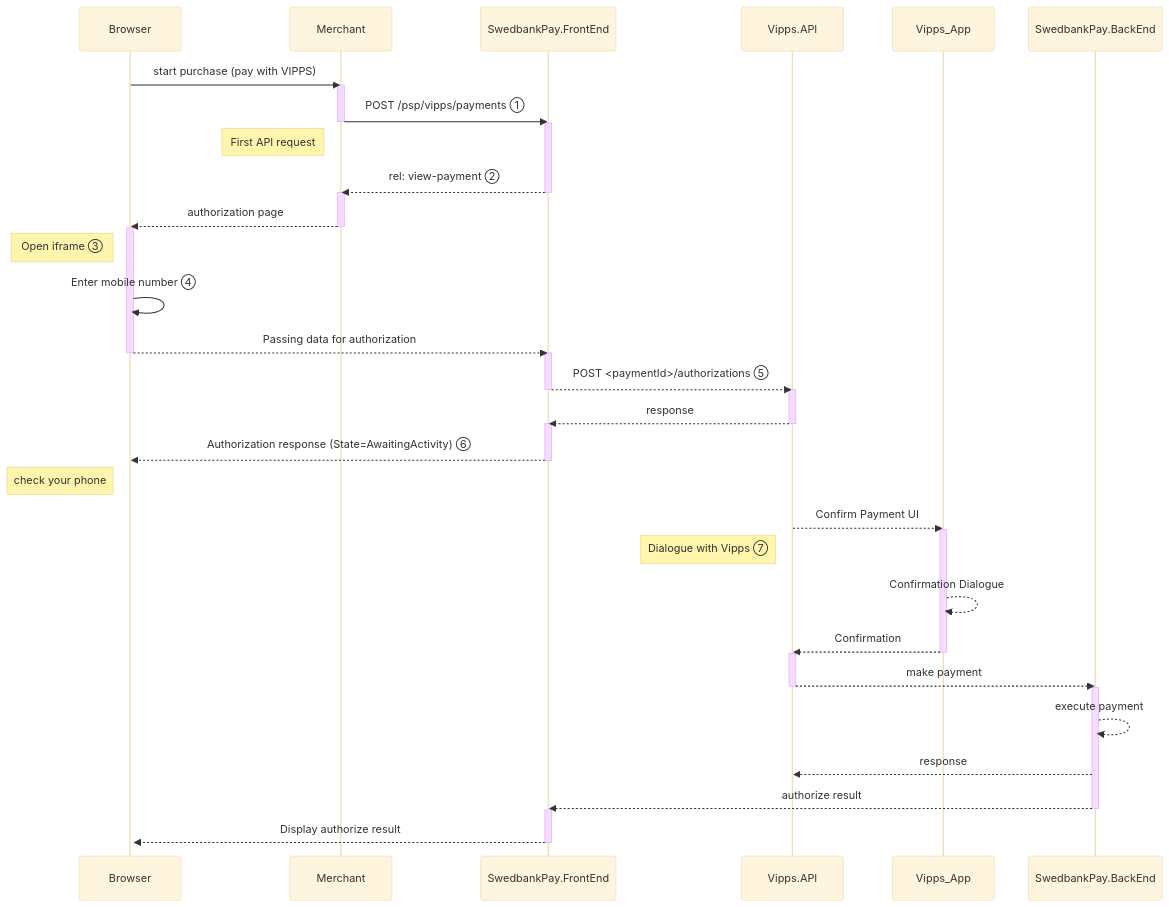
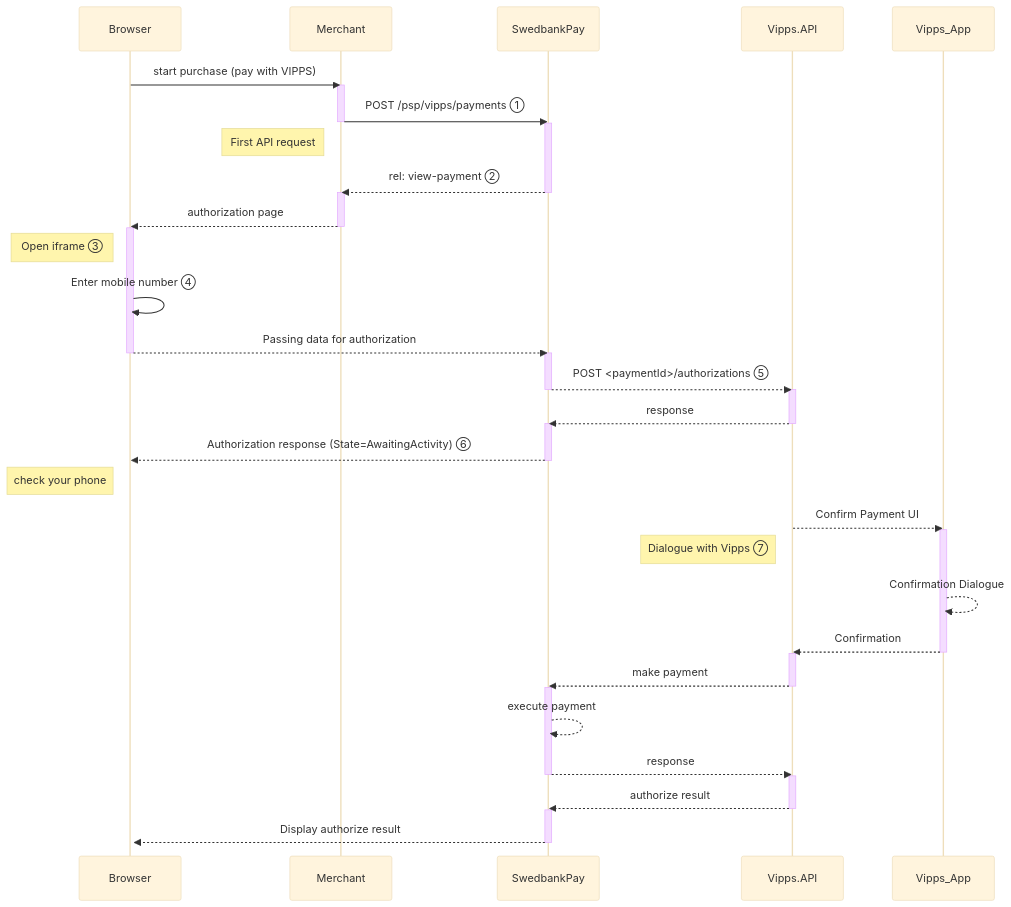
One commit to SwedbankPay/developer.swedbankpay.com changed the diagram in payments/vipps/seamless-view.md. Above: the diagram before and after it, drawn with Mermaid (base theme).

Commit message:
DX-491 Merged Swedbankpay.FrontEnd and SwedbankPay.BackEnd in sequence diagram

````diff
--- a/payments/vipps/seamless-view.md
+++ b/payments/vipps/seamless-view.md
@@ -40,38 +40,39 @@
 ```mermaid
 sequenceDiagram
     Browser->>Merchant: start purchase (pay with VIPPS)
     activate Merchant
-    Merchant->>-SwedbankPay.FrontEnd: POST /psp/vipps/payments ①
-    activate SwedbankPay.FrontEnd
+    Merchant->>-SwedbankPay: POST /psp/vipps/payments ①
+    activate SwedbankPay
     note left of Merchant: First API request
-    SwedbankPay.FrontEnd-->>-Merchant: rel: view-payment ②
+    SwedbankPay-->>-Merchant: rel: view-payment ②
     activate Merchant
     Merchant-->>-Browser: authorization page
     activate Browser
     note left of Browser: Open iframe ③
     Browser->>Browser: Enter mobile number ④
-    Browser-->>-SwedbankPay.FrontEnd: Passing data for authorization
-    activate SwedbankPay.FrontEnd
+    Browser-->>-SwedbankPay: Passing data for authorization
+    activate SwedbankPay
 
-    SwedbankPay.FrontEnd-->>-Vipps.API: POST <paymentId>/authorizations ⑤
+    SwedbankPay-->>-Vipps.API: POST <paymentId>/authorizations ⑤
     activate Vipps.API
-    Vipps.API-->>-SwedbankPay.FrontEnd: response
-    activate SwedbankPay.FrontEnd
-    SwedbankPay.FrontEnd-->>-Browser: Authorization response (State=AwaitingActivity) ⑥
+    Vipps.API-->>-SwedbankPay: response
+    activate SwedbankPay
+    SwedbankPay-->>-Browser: Authorization response (State=AwaitingActivity) ⑥
     activate Browser
     note left of Browser: check your phone
 
     Vipps.API-->>Vipps_App: Confirm Payment UI
     activate Vipps_App
     note left of Vipps.API: Dialogue with Vipps ⑦
     Vipps_App-->>Vipps_App: Confirmation Dialogue
     Vipps_App-->>-Vipps.API: Confirmation
     activate Vipps.API
-    Vipps.API-->>-SwedbankPay.BackEnd: make payment
-    activate SwedbankPay.BackEnd
-    SwedbankPay.BackEnd-->>SwedbankPay.BackEnd: execute payment
-    SwedbankPay.BackEnd-->>Vipps.API: response
-    SwedbankPay.BackEnd-->>-SwedbankPay.FrontEnd: authorize result
-    activate SwedbankPay.FrontEnd
-    SwedbankPay.FrontEnd-->>-Browser: Display authorize result
+    Vipps.API-->>-SwedbankPay: make payment
+    activate SwedbankPay
+    SwedbankPay-->>SwedbankPay: execute payment
+    SwedbankPay-->>-Vipps.API: response
+    activate Vipps.API
+    Vipps.API-->>-SwedbankPay: authorize result
+    activate SwedbankPay
+    SwedbankPay-->>-Browser: Display authorize result
 ```
````
